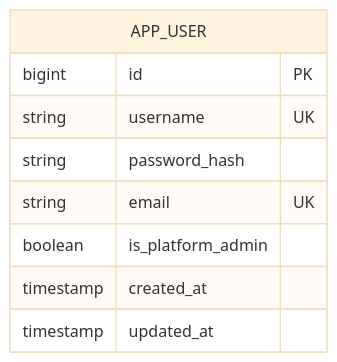
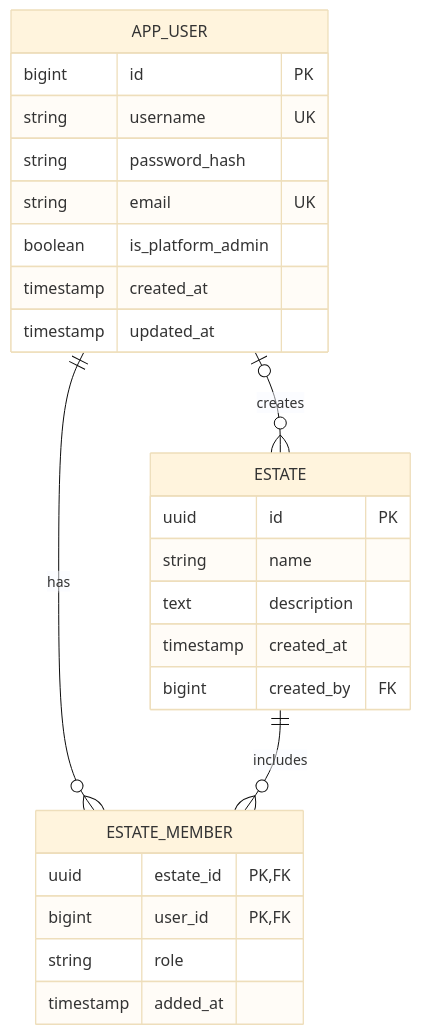
Before and after one commit to jtbgroup/immocare: the diagram in documentation/technical/data-model.md, drawn with Mermaid (base theme). The commit also changed other lines of this file and 27 other files, not shown here.

````diff
--- a/documentation/technical/data-model.md
+++ b/documentation/technical/data-model.md
@@ -15,12 +15,28 @@
 ```mermaid
 erDiagram
     APP_USER {
         bigint id PK
         string username UK
         string password_hash
         string email UK
         boolean is_platform_admin
         timestamp created_at
         timestamp updated_at
     }
+    ESTATE {
+        uuid id PK
+        string name
+        text description
+        timestamp created_at
+        bigint created_by FK
+    }
+    ESTATE_MEMBER {
+        uuid estate_id PK, FK
+        bigint user_id PK, FK
+        string role
+        timestamp added_at
+    }
+    APP_USER ||--o{ ESTATE_MEMBER : has
+    ESTATE ||--o{ ESTATE_MEMBER : includes
+    APP_USER o|--o{ ESTATE : creates
 ```
````
